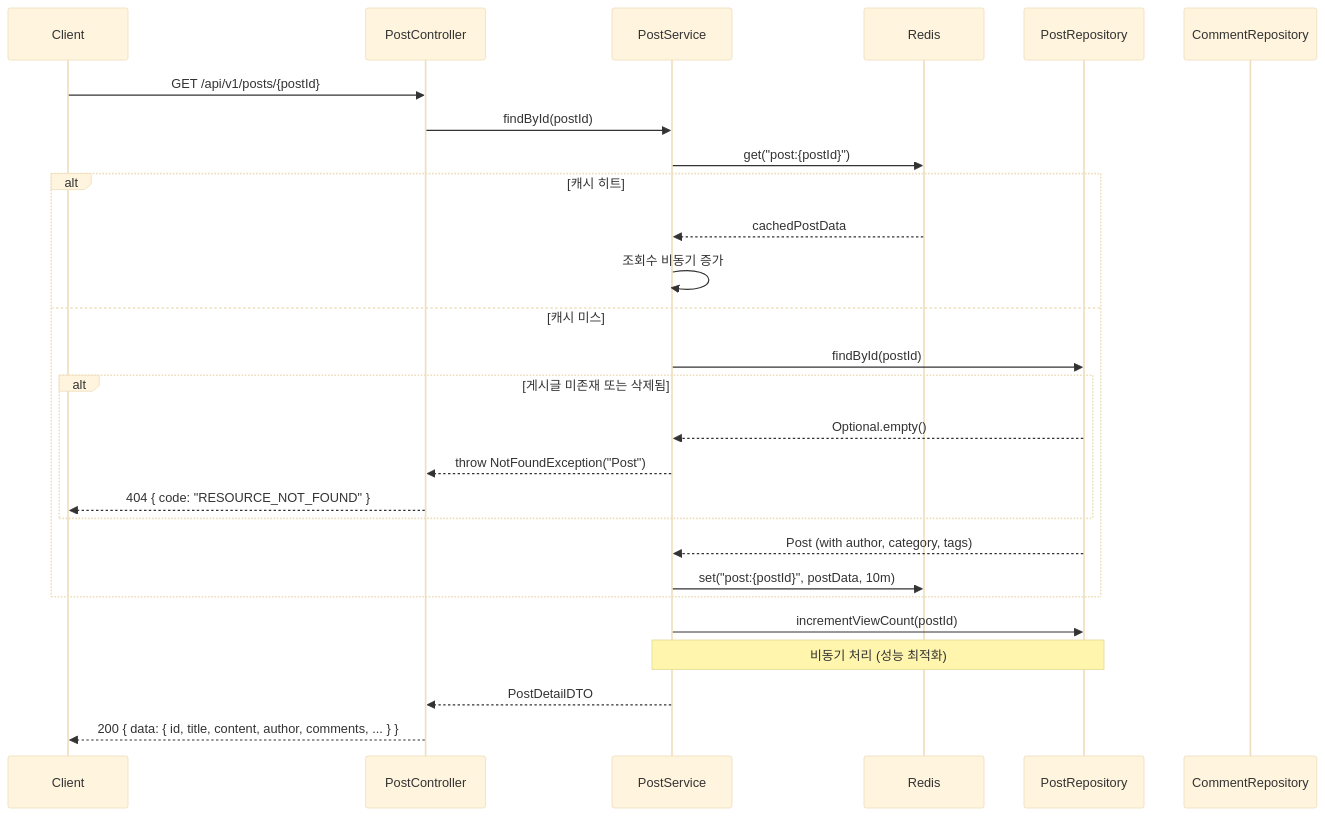
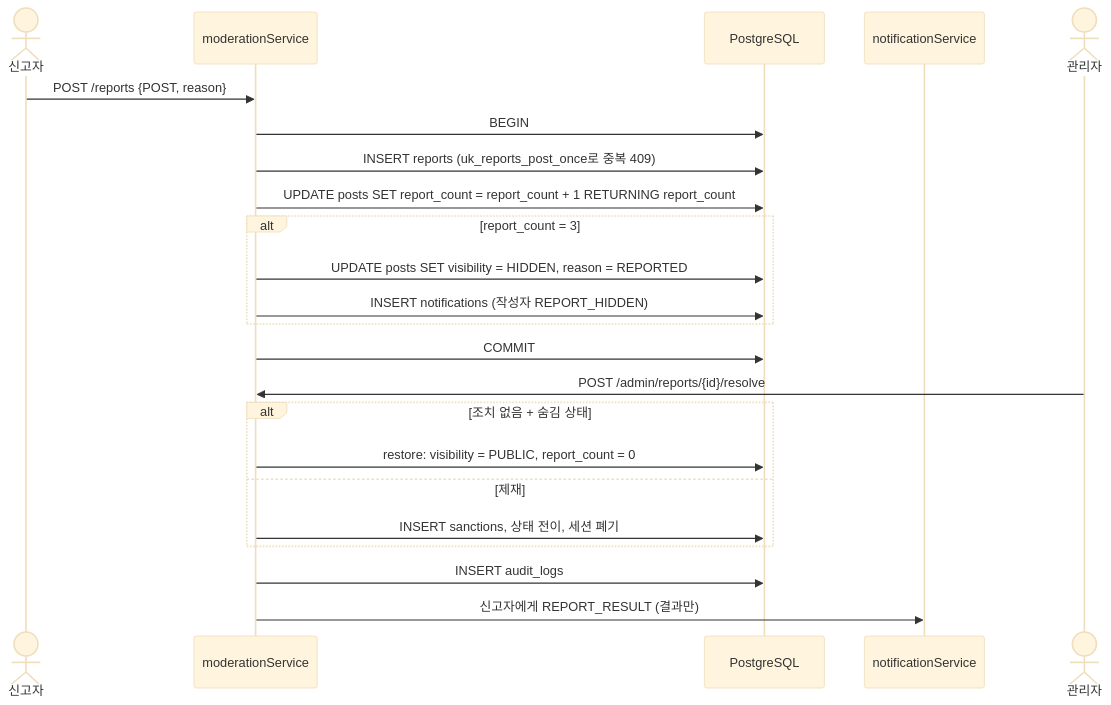
Before and after one commit to yuna14742/sookbak-sookbak: the ninth of 12 diagrams in waterfall/03-상세설계/상세설계서.md, drawn with Mermaid (base theme). The commit also changed other lines of this file and 1 other file, not shown here.

````diff
--- a/waterfall/03-상세설계/상세설계서.md
+++ b/waterfall/03-상세설계/상세설계서.md
@@ -504,33 +478,26 @@
 ```mermaid
 sequenceDiagram
-    participant Client
-    participant Controller as PostController
-    participant Service as PostService
-    participant Cache as Redis
-    participant PostRepo as PostRepository
-    participant CommentRepo as CommentRepository
+    actor R as 신고자
+    participant MO as moderationService
+    participant DB as PostgreSQL
+    participant N as notificationService
+    actor AD as 관리자
 
-    Client->>Controller: GET /api/v1/posts/{postId}
-    Controller->>Service: findById(postId)
-
-    Service->>Cache: get("post:{postId}")
-    alt 캐시 히트
-        Cache-->>Service: cachedPostData
-        Service->>Service: 조회수 비동기 증가
-    else 캐시 미스
-        Service->>PostRepo: findById(postId)
-        alt 게시글 미존재 또는 삭제됨
-            PostRepo-->>Service: Optional.empty()
-            Service-->>Controller: throw NotFoundException("Post")
-            Controller-->>Client: 404 { code: "RESOURCE_NOT_FOUND" }
-        end
-        PostRepo-->>Service: Post (with author, category, tags)
-        Service->>Cache: set("post:{postId}", postData, 10m)
+    R->>MO: POST /reports {POST, reason}
+    MO->>DB: BEGIN
+    MO->>DB: INSERT reports (uk_reports_post_once로 중복 409)
+    MO->>DB: UPDATE posts SET report_count = report_count + 1 RETURNING report_count
+    alt report_count = 3
+        MO->>DB: UPDATE posts SET visibility = HIDDEN, reason = REPORTED
+        MO->>DB: INSERT notifications (작성자 REPORT_HIDDEN)
     end
-
-    Service->>PostRepo: incrementViewCount(postId)
-    Note over Service,PostRepo: 비동기 처리 (성능 최적화)
-
-    Service-->>Controller: PostDetailDTO
-    Controller-->>Client: 200 { data: { id, title, content, author, comments, ... } }
+    MO->>DB: COMMIT
+    AD->>MO: POST /admin/reports/{id}/resolve
+    alt 조치 없음 + 숨김 상태
+        MO->>DB: restore: visibility = PUBLIC, report_count = 0
+    else 제재
+        MO->>DB: INSERT sanctions, 상태 전이, 세션 폐기
+    end
+    MO->>DB: INSERT audit_logs
+    MO->>N: 신고자에게 REPORT_RESULT (결과만)
 ```
````
